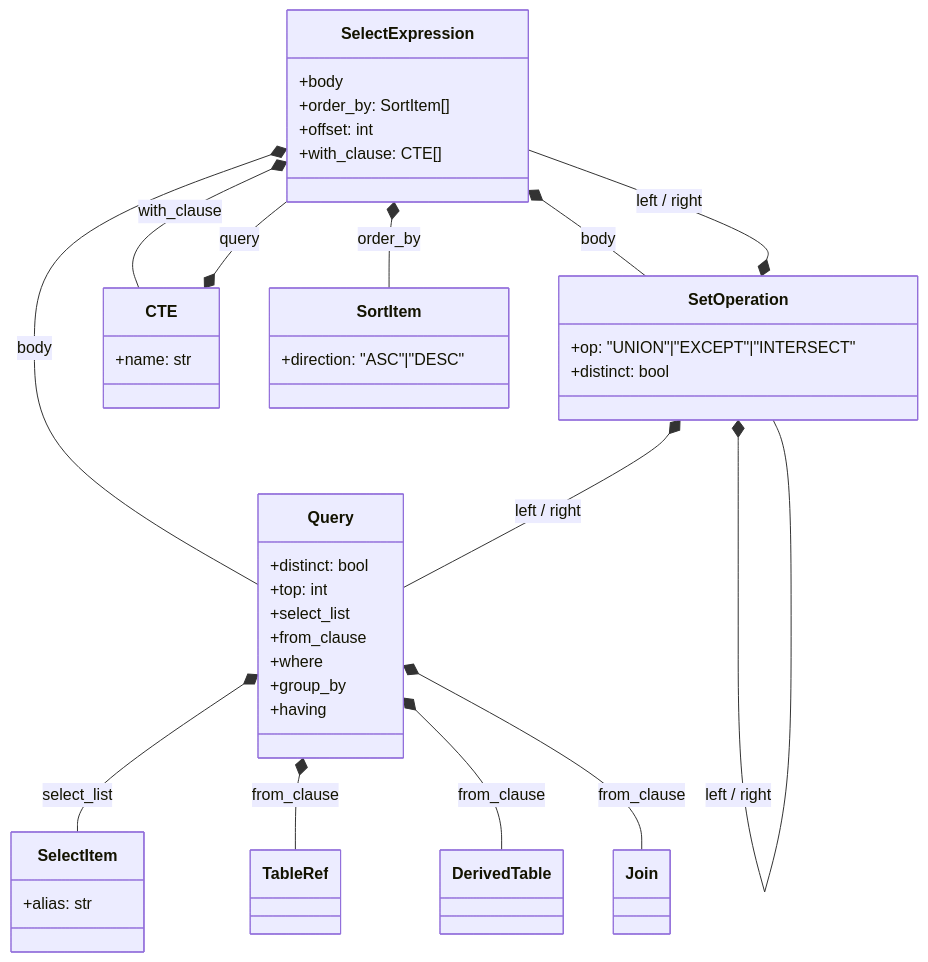
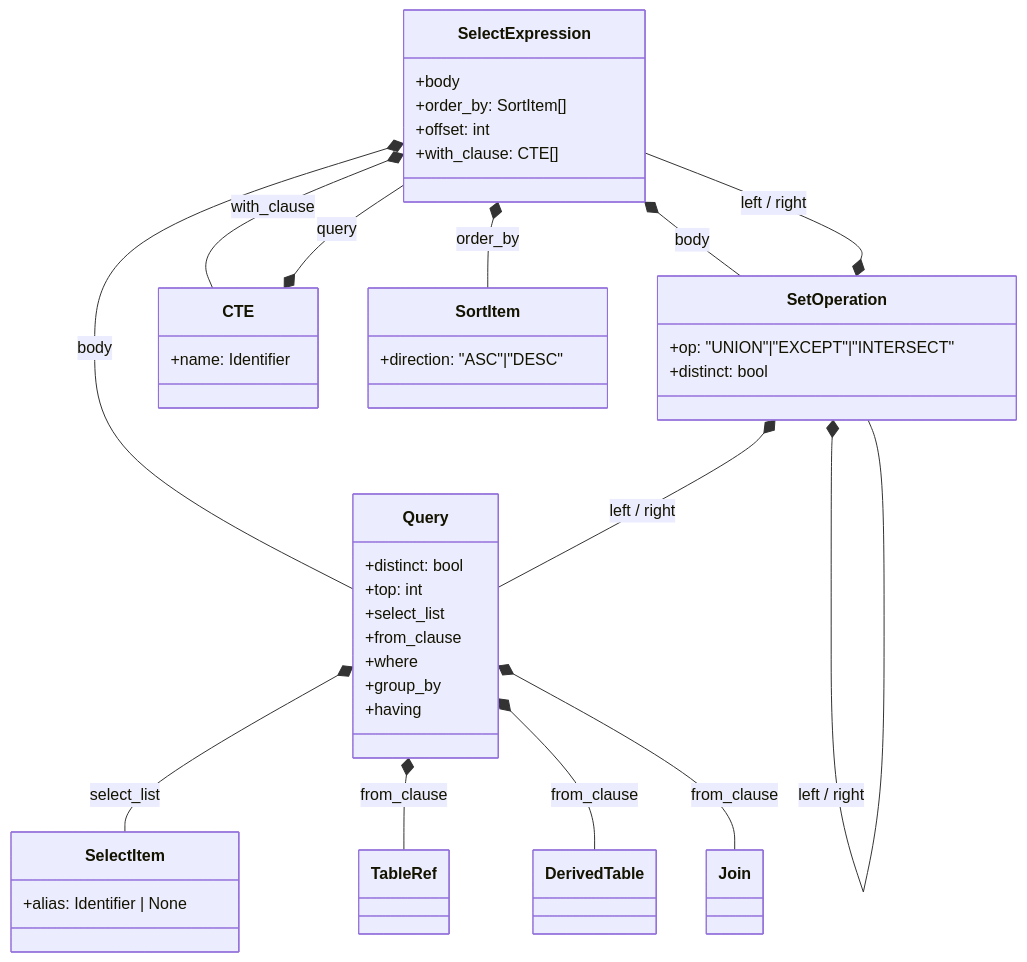
The diagram in docs/images/ast/src/query-structure.mmd (pdssp/pyadql), drawn with Mermaid before and after one commit. The commit also changed 9 other files, not shown here.

```diff
--- a/docs/images/ast/src/query-structure.mmd
+++ b/docs/images/ast/src/query-structure.mmd
@@ -1,36 +1,36 @@
 classDiagram
     SelectExpression *-- Query : body
     SelectExpression *-- SetOperation : body
     SelectExpression *-- CTE : with_clause
     SelectExpression *-- SortItem : order_by
     CTE *-- SelectExpression : query
     SetOperation *-- Query : left / right
     SetOperation *-- SetOperation : left / right
     SetOperation *-- SelectExpression : left / right
     Query *-- SelectItem : select_list
     Query *-- TableRef : from_clause
     Query *-- DerivedTable : from_clause
     Query *-- Join : from_clause
 
     class SelectExpression {
         +body
         +order_by: SortItem[]
         +offset: int
         +with_clause: CTE[]
     }
     class Query {
         +distinct: bool
         +top: int
         +select_list
         +from_clause
         +where
         +group_by
         +having
     }
     class SetOperation {
         +op: "UNION"|"EXCEPT"|"INTERSECT"
         +distinct: bool
     }
-    class CTE { +name: str }
-    class SelectItem { +alias: str }
+    class CTE { +name: Identifier }
+    class SelectItem { +alias: Identifier | None }
     class SortItem { +direction: "ASC"|"DESC" }
```
